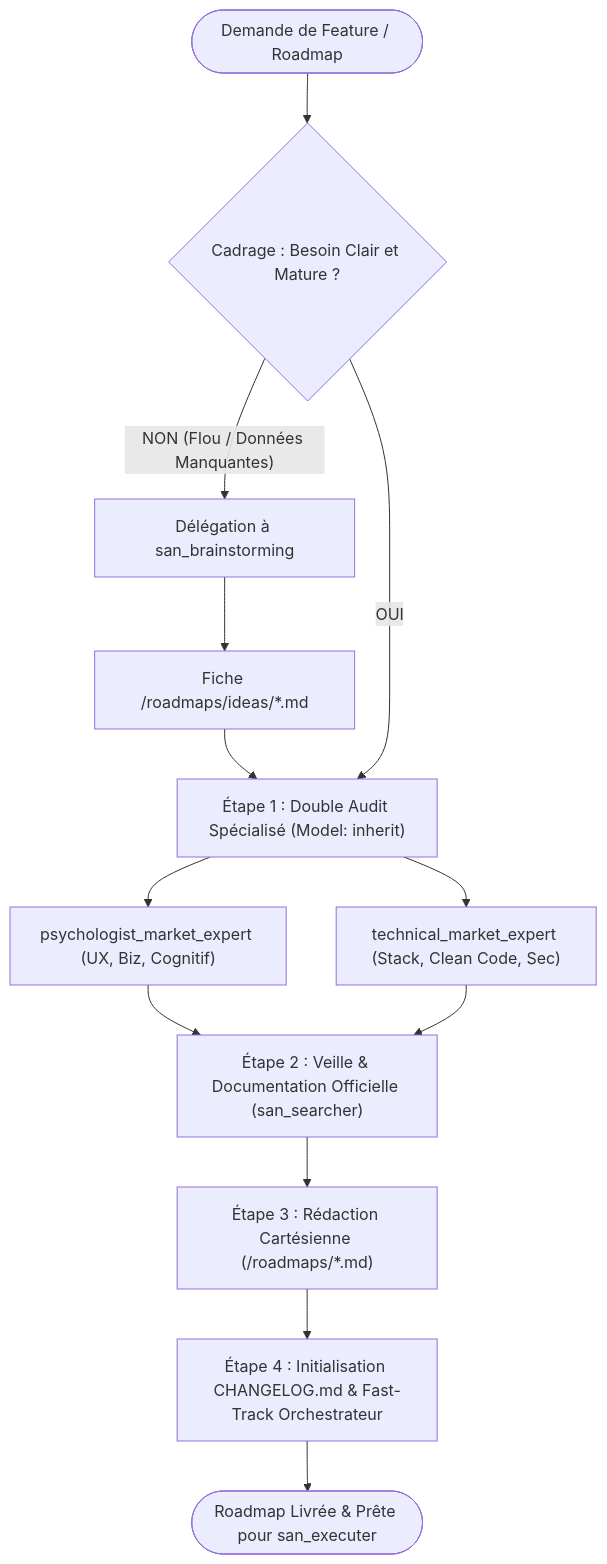
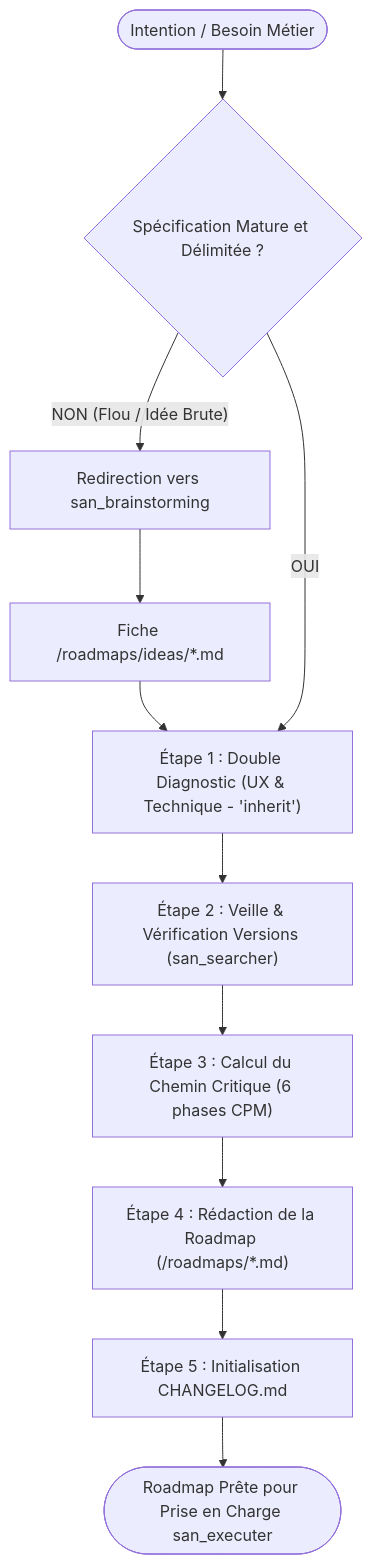
One commit to alexsan-dev/san_agy_framework changed the second of 3 diagrams in skills/san_planner.md. Above: the diagram before and after it, drawn with Mermaid. The commit also changed other lines of this file and 41 other files, not shown here.

Commit message:
feat(phase3): packaging and automated testing of onboarding & scoping core (san_init, san_brainstorming, san_planner)

````diff
--- a/skills/san_planner.md
+++ b/skills/san_planner.md
@@ -175,20 +328,16 @@
 ```mermaid
 flowchart TD
-    Start(["Demande de Feature / Roadmap"]) --> Step0{"Cadrage : Besoin Clair et Mature ?"}
+    Start(["Intention / Besoin Métier"]) --> Step0{"Spécification Mature et Délimitée ?"}
     
-    Step0 -->|"NON (Flou / Données Manquantes)"| Brainstorm["Délégation à san_brainstorming"]
-    Brainstorm --> Ideas["Fiche /roadmaps/ideas/*.md"]
-    Ideas --> Step1
+    Step0 -->|"NON (Flou / Idée Brute)"| CallBrainstorm["Redirection vers san_brainstorming"]
+    CallBrainstorm --> FicheIdea["Fiche /roadmaps/ideas/*.md"]
+    FicheIdea --> Step1
     
-    Step0 -->|"OUI"| Step1["Étape 1 : Double Audit Spécialisé (Model: inherit)"]
+    Step0 -->|"OUI"| Step1["Étape 1 : Double Diagnostic (UX & Technique - 'inherit')"]
     
-    Step1 --> Sub1["psychologist_market_expert (UX, Biz, Cognitif)"]
-    Step1 --> Sub2["technical_market_expert (Stack, Clean Code, Sec)"]
-    
-    Sub1 --> Step2["Étape 2 : Veille & Documentation Officielle (san_searcher)"]
-    Sub2 --> Step2
-    
-    Step2 --> Step3["Étape 3 : Rédaction Cartésienne (/roadmaps/*.md)"]
-    Step3 --> Step4["Étape 4 : Initialisation CHANGELOG.md & Fast-Track Orchestrateur"]
-    Step4 --> EndVal(["Roadmap Livrée & Prête pour san_executer"])
+    Step1 --> Step2["Étape 2 : Veille & Vérification Versions (san_searcher)"]
+    Step2 --> Step3["Étape 3 : Calcul du Chemin Critique (6 phases CPM)"]
+    Step3 --> Step4["Étape 4 : Rédaction de la Roadmap (/roadmaps/*.md)"]
+    Step4 --> Step5["Étape 5 : Initialisation CHANGELOG.md"]
+    Step5 --> EndVal(["Roadmap Prête pour Prise en Charge san_executer"])
 ```
````
